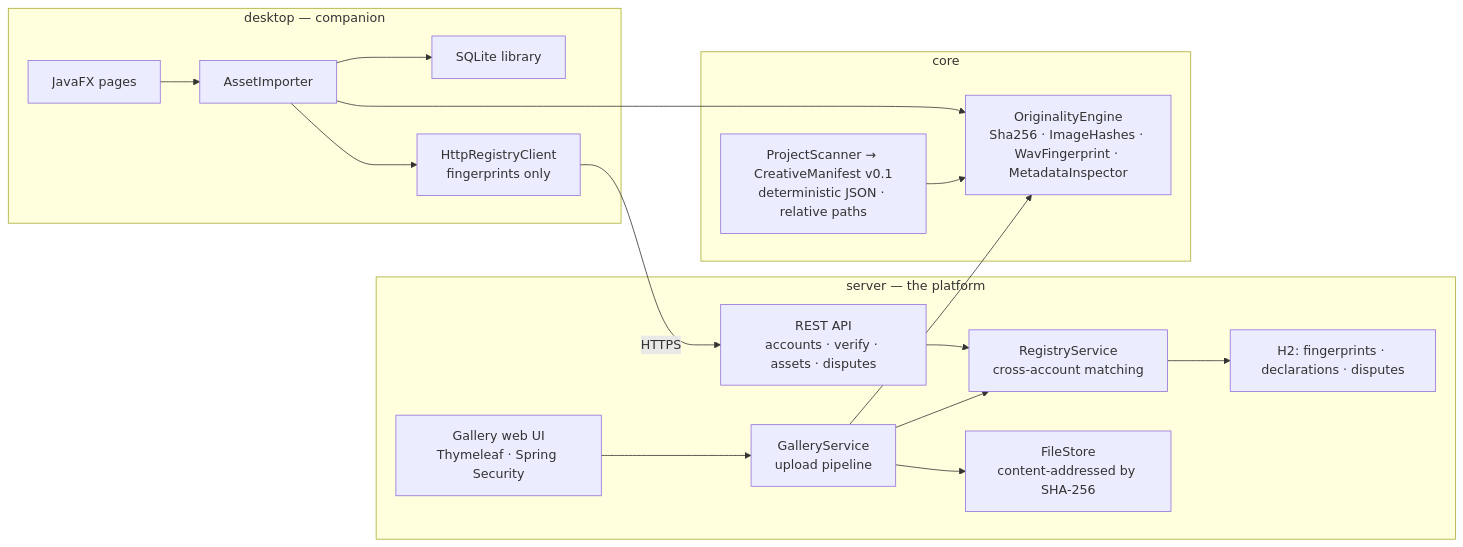
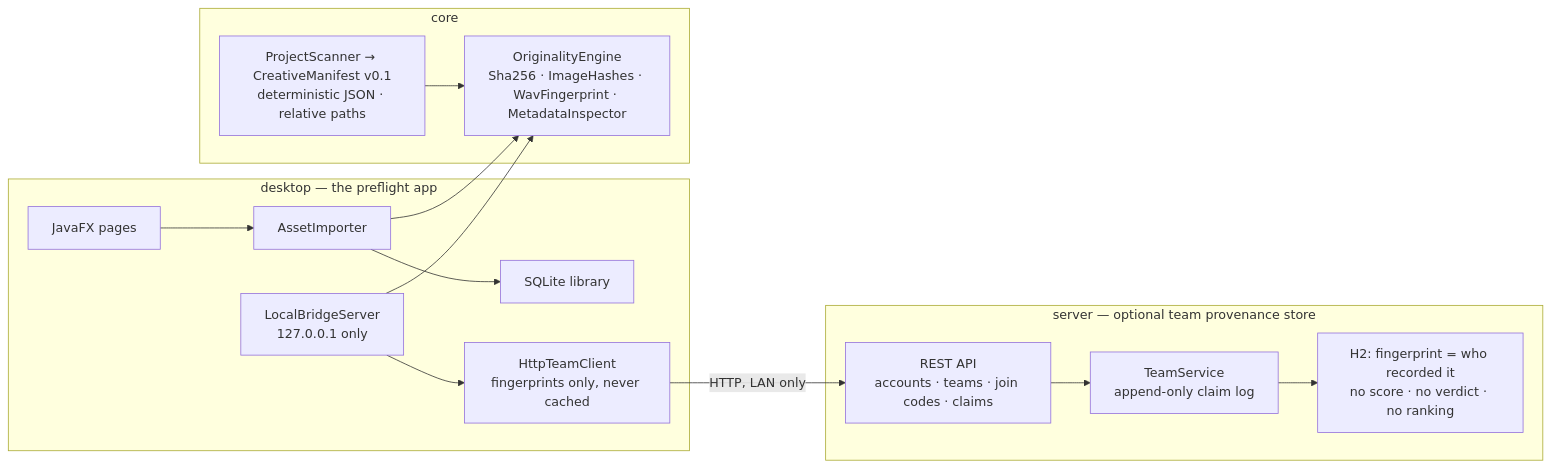
Before and after one commit to Bryancruzcb/creatorflow: the diagram in README.md, drawn with Mermaid. The commit also changed other lines of this file and 54 other files, not shown here.

First line of the commit message:
Let a team see who else recorded the same curve fingerprint (#130)

````diff
--- a/README.md
+++ b/README.md
@@ -367,23 +379,20 @@
 ```mermaid
 flowchart LR
-    subgraph server["server — the platform"]
-        WEB["Gallery web UI<br/>Thymeleaf · Spring Security"] --> GAL["GalleryService<br/>upload pipeline"]
-        API["REST API<br/>accounts · verify · assets · disputes"] --> REG["RegistryService<br/>cross-account matching"]
-        GAL --> REG
-        GAL --> FS["FileStore<br/>content-addressed by SHA-256"]
-        REG --> H2["H2: fingerprints · declarations · disputes"]
+    subgraph server["server — optional team provenance store"]
+        API["REST API<br/>accounts · teams · join codes · claims"] --> TEAM["TeamService<br/>append-only claim log"]
+        TEAM --> H2["H2: fingerprint = who recorded it<br/>no score · no verdict · no ranking"]
     end
-    subgraph desktop["desktop — companion"]
+    subgraph desktop["desktop — the preflight app"]
         UI["JavaFX pages"] --> SVC["AssetImporter"]
         SVC --> DB["SQLite library"]
-        SVC --> RC["HttpRegistryClient<br/>fingerprints only"]
+        BR["LocalBridgeServer<br/>127.0.0.1 only"] --> TC["HttpTeamClient<br/>fingerprints only, never cached"]
     end
     subgraph core
         ENG["OriginalityEngine<br/>Sha256 · ImageHashes · WavFingerprint · MetadataInspector"]
         MAN["ProjectScanner → CreativeManifest v0.1<br/>deterministic JSON · relative paths"]
     end
-    GAL --> ENG
     SVC --> ENG
+    BR --> ENG
     MAN --> ENG
-    RC -- HTTPS --> API
+    TC -- "HTTP, LAN only" --> API
 ```
````
